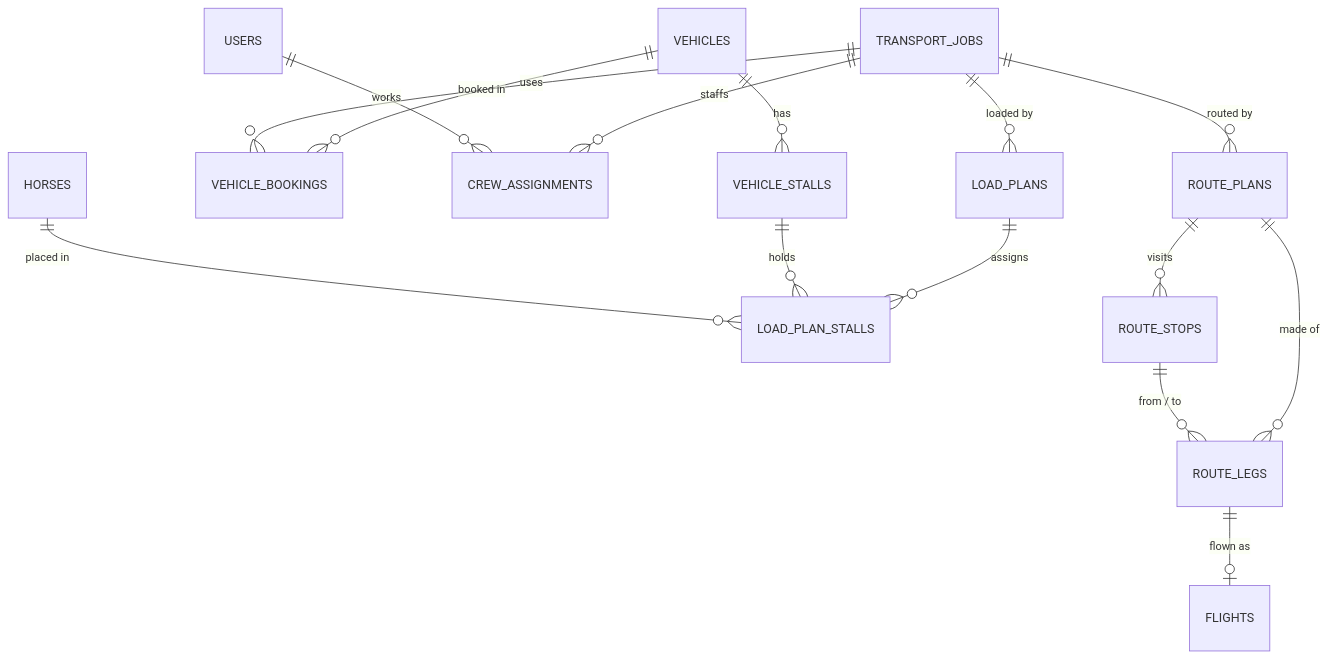
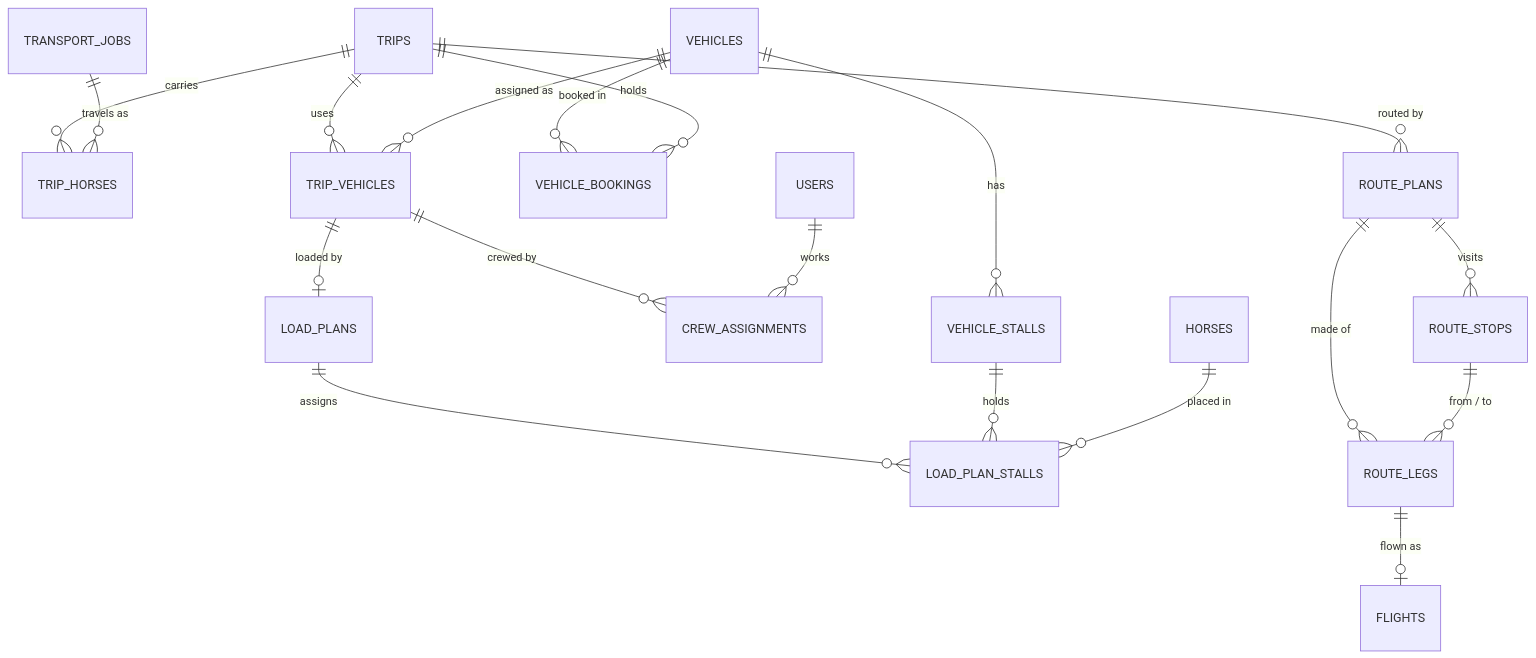
One commit to k-nero/cbrts changed the eighth of 11 diagrams in docs/database/database-design.md. Above: the diagram before and after it, drawn with Mermaid. The commit also changed other lines of this file and 1 other file, not shown here.

First line of the commit message:
docs: trips in the database design, and where the build differs from the shared-trips design (#168)

````diff
--- a/docs/database/database-design.md
+++ b/docs/database/database-design.md
@@ -470,17 +472,21 @@
 ```mermaid
 erDiagram
+  TRIPS ||--o{ TRIP_HORSES : carries
+  TRANSPORT_JOBS ||--o{ TRIP_HORSES : "travels as"
+  TRIPS ||--o{ TRIP_VEHICLES : uses
+  VEHICLES ||--o{ TRIP_VEHICLES : "assigned as"
   VEHICLES ||--o{ VEHICLE_STALLS : has
   VEHICLES ||--o{ VEHICLE_BOOKINGS : "booked in"
-  TRANSPORT_JOBS ||--o{ VEHICLE_BOOKINGS : uses
-  TRANSPORT_JOBS ||--o{ CREW_ASSIGNMENTS : staffs
+  TRIPS ||--o{ VEHICLE_BOOKINGS : holds
+  TRIP_VEHICLES ||--o{ CREW_ASSIGNMENTS : "crewed by"
   USERS ||--o{ CREW_ASSIGNMENTS : works
-  TRANSPORT_JOBS ||--o{ LOAD_PLANS : "loaded by"
+  TRIP_VEHICLES ||--o| LOAD_PLANS : "loaded by"
   LOAD_PLANS ||--o{ LOAD_PLAN_STALLS : assigns
   VEHICLE_STALLS ||--o{ LOAD_PLAN_STALLS : holds
   HORSES ||--o{ LOAD_PLAN_STALLS : "placed in"
-  TRANSPORT_JOBS ||--o{ ROUTE_PLANS : "routed by"
+  TRIPS ||--o{ ROUTE_PLANS : "routed by"
   ROUTE_PLANS ||--o{ ROUTE_STOPS : visits
   ROUTE_PLANS ||--o{ ROUTE_LEGS : "made of"
   ROUTE_STOPS ||--o{ ROUTE_LEGS : "from / to"
   ROUTE_LEGS ||--o| FLIGHTS : "flown as"
 ```
````
